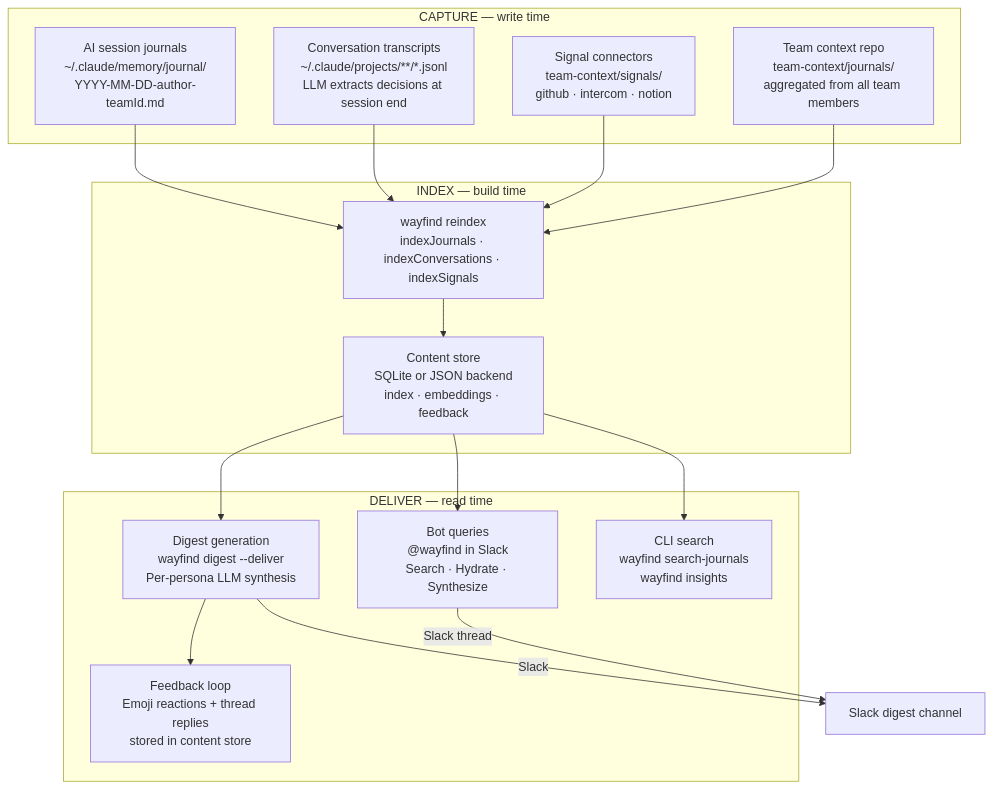
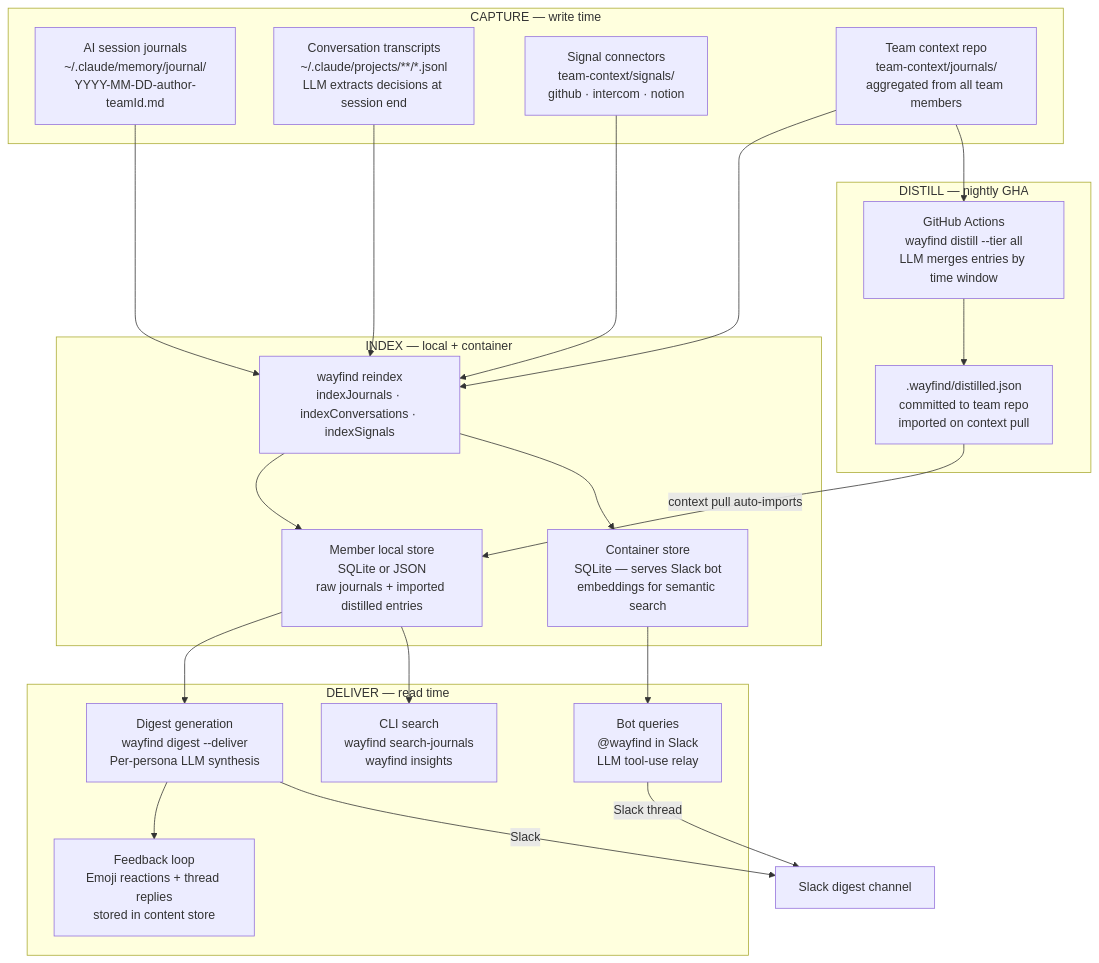
One commit to usewayfind/wayfind changed the first of 4 diagrams in docs/architecture/data-flow.md. Above: the diagram before and after it, drawn with Mermaid. The commit also changed other lines of this file and 3 other files, not shown here.

````diff
--- a/docs/architecture/data-flow.md
+++ b/docs/architecture/data-flow.md
@@ -13,34 +13,44 @@
 ```mermaid
 flowchart TD
     subgraph capture ["CAPTURE — write time"]
         J["AI session journals\n~/.claude/memory/journal/\nYYYY-MM-DD-author-teamId.md"]
         C["Conversation transcripts\n~/.claude/projects/**/*.jsonl\nLLM extracts decisions at session end"]
         S["Signal connectors\nteam-context/signals/\ngithub · intercom · notion"]
         T["Team context repo\nteam-context/journals/\naggregated from all team members"]
     end
 
-    subgraph index ["INDEX — build time"]
+    subgraph distill ["DISTILL — nightly GHA"]
+        GHA["GitHub Actions\nwayfind distill --tier all\nLLM merges entries by time window"]
+        DJ[".wayfind/distilled.json\ncommitted to team repo\nimported on context pull"]
+        GHA --> DJ
+    end
+
+    subgraph index ["INDEX — local + container"]
         R["wayfind reindex\nindexJournals · indexConversations · indexSignals"]
-        CS["Content store\nSQLite or JSON backend\nindex · embeddings · feedback"]
+        CS["Member local store\nSQLite or JSON\nraw journals + imported distilled entries"]
+        BotCS["Container store\nSQLite — serves Slack bot\nembeddings for semantic search"]
         R --> CS
+        R --> BotCS
     end
 
     subgraph deliver ["DELIVER — read time"]
         D["Digest generation\nwayfind digest --deliver\nPer-persona LLM synthesis"]
-        B["Bot queries\n@wayfind in Slack\nSearch · Hydrate · Synthesize"]
+        B["Bot queries\n@wayfind in Slack\nLLM tool-use relay"]
         CLI["CLI search\nwayfind search-journals\nwayfind insights"]
         FB["Feedback loop\nEmoji reactions + thread replies\nstored in content store"]
     end
 
     J --> R
     C --> R
     S --> R
     T --> R
+    T --> GHA
+    DJ -->|context pull auto-imports| CS
     CS --> D
-    CS --> B
     CS --> CLI
+    BotCS --> B
     D --> FB
 
     D -->|Slack| Slack["Slack digest channel"]
     B -->|Slack thread| Slack
 ```
````
